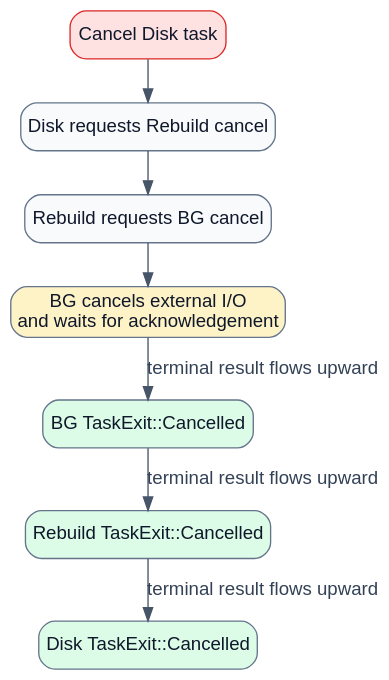
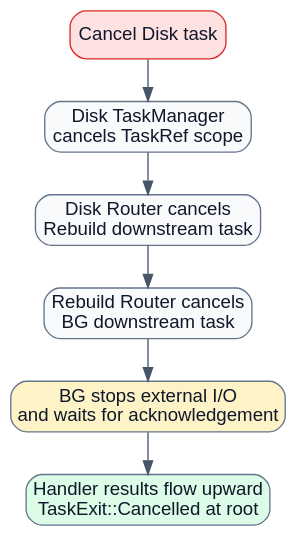
One commit to limushu/runtime changed the diagram in docs/diagrams/cancellation.dot. Above: the diagram before and after it, drawn with Graphviz. The commit also changed 33 other files, not shown here.

```diff
--- a/docs/diagrams/cancellation.dot
+++ b/docs/diagrams/cancellation.dot
@@ -1,14 +1,12 @@
 digraph cancellation {
   graph [rankdir=TB, bgcolor="transparent", pad=0.3, nodesep=0.35, ranksep=0.45];
   node [shape=box, style="rounded,filled", fontname="Arial", color="#64748b", fillcolor="#f8fafc", fontcolor="#0f172a"];
   edge [fontname="Arial", color="#475569", fontcolor="#334155"];
   root [label="Cancel Disk task", fillcolor="#fee2e2", color="#dc2626"];
-  rebuild [label="Disk requests Rebuild cancel"];
-  bg [label="Rebuild requests BG cancel"];
-  io [label="BG cancels external I/O\nand waits for acknowledgement", fillcolor="#fef3c7"];
-  bg_exit [label="BG TaskExit::Cancelled", fillcolor="#dcfce7"];
-  rebuild_exit [label="Rebuild TaskExit::Cancelled", fillcolor="#dcfce7"];
-  root_exit [label="Disk TaskExit::Cancelled", fillcolor="#dcfce7"];
-  root -> rebuild -> bg -> io;
-  io -> bg_exit -> rebuild_exit -> root_exit [label=" terminal result flows upward"];
+  scope [label="Disk TaskManager\ncancels TaskRef scope"];
+  router1 [label="Disk Router cancels\nRebuild downstream task"];
+  router2 [label="Rebuild Router cancels\nBG downstream task"];
+  io [label="BG stops external I/O\nand waits for acknowledgement", fillcolor="#fef3c7"];
+  results [label="Handler results flow upward\nTaskExit::Cancelled at root", fillcolor="#dcfce7"];
+  root -> scope -> router1 -> router2 -> io -> results;
 }
```
